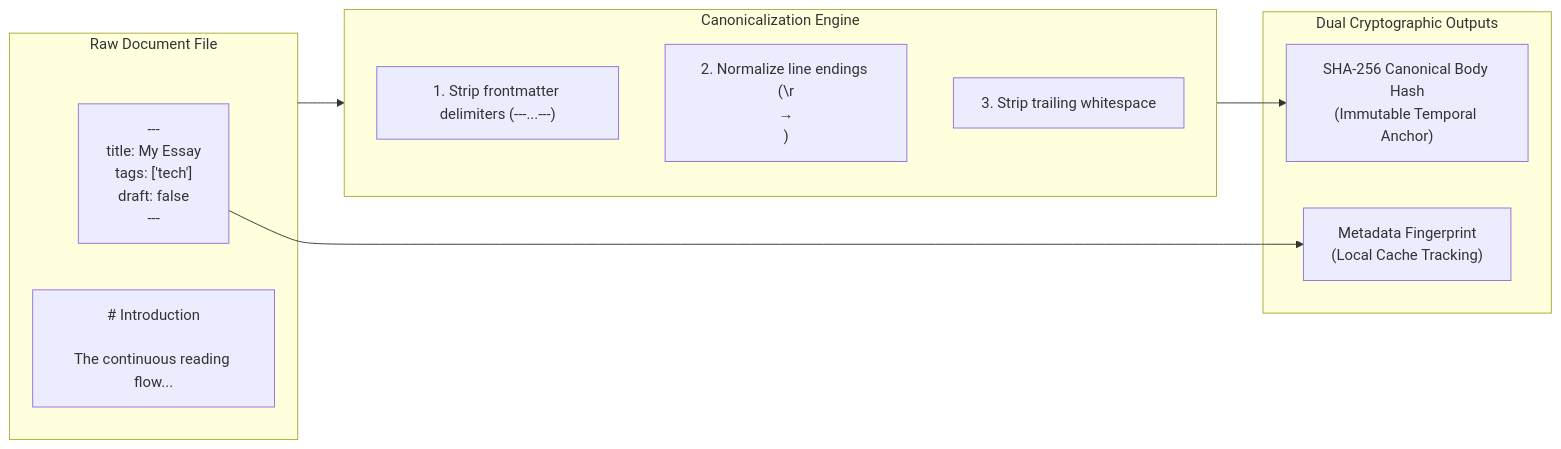
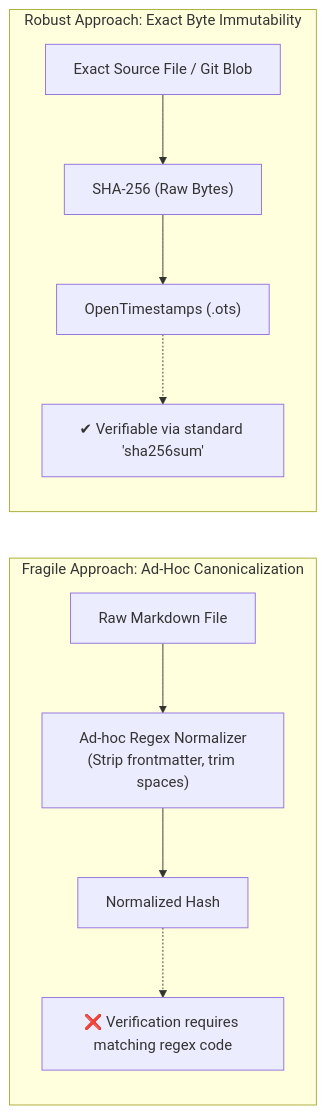
The second of 4 diagrams in content/posts/decentralized-timestamps-implementing-timestamps-pipelines-and-verification.md (gfilardo/gf-blog), drawn with Mermaid before and after one commit. The commit also changed other lines of this file and 1 other file, not shown here.

````diff
--- a/content/posts/decentralized-timestamps-implementing-timestamps-pipelines-and-verification.md
+++ b/content/posts/decentralized-timestamps-implementing-timestamps-pipelines-and-verification.md
@@ -81,22 +80,16 @@
-```mermaid#wide The canonicalization process: separating volatile metadata from invariant prose.
+```mermaid#wide The exact byte hashing pipeline versus fragile normalization.
 flowchart LR
-    subgraph RAW["Raw Document File"]
-        FM["---<br/>title: My Essay<br/>tags: ['tech']<br/>draft: false<br/>---"]
-        BODY["# Introduction<br/><br/>The continuous reading flow..."]
+    subgraph FRAGILE["Fragile Approach: Ad-Hoc Canonicalization"]
+        direction TB
+        RAW1["Raw Markdown File"] --> REGEX["Ad-hoc Regex Normalizer<br/>(Strip frontmatter, trim spaces)"]
+        REGEX --> HASH_FRAG["Normalized Hash"]
+        HASH_FRAG -.-> FAIL["❌ Verification requires matching regex code"]
     end
 
-    subgraph ENGINE["Canonicalization Engine"]
-        STRIP["1. Strip frontmatter delimiters (---...---)"]
-        NORM_EOL["2. Normalize line endings (\r\n → \n)"]
-        TRIM["3. Strip trailing whitespace"]
+    subgraph ROBUST["Robust Approach: Exact Byte Immutability"]
+        direction TB
+        RAW2["Exact Source File / Git Blob"] --> SHA["SHA-256 (Raw Bytes)"]
+        SHA --> OTS["OpenTimestamps (.ots)"]
+        OTS -.-> PASS["✔ Verifiable via standard 'sha256sum'"]
     end
-
-    subgraph HASHES["Dual Cryptographic Outputs"]
-        CANON_HASH["SHA-256 Canonical Body Hash<br/>(Immutable Temporal Anchor)"]
-        META_HASH["Metadata Fingerprint<br/>(Local Cache Tracking)"]
-    end
-
-    RAW --> ENGINE
-    ENGINE --> CANON_HASH
-    FM --> META_HASH
 ```
````
